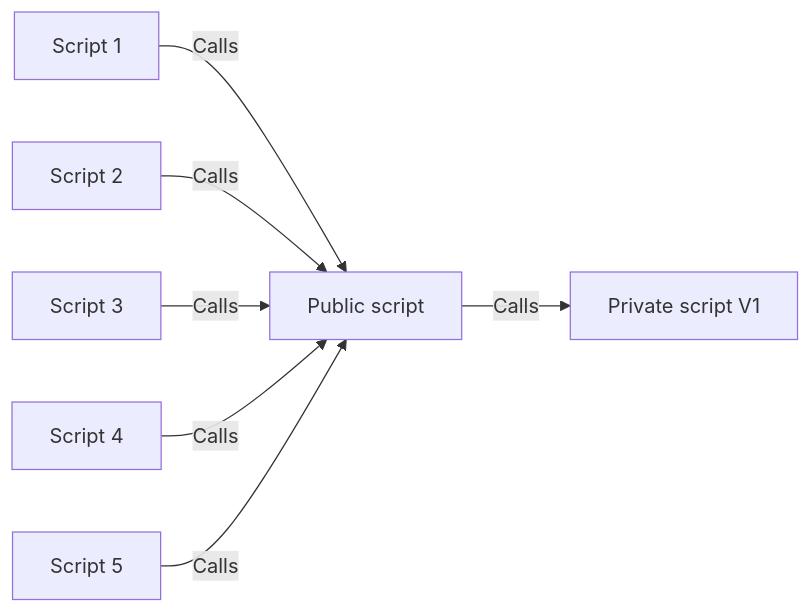
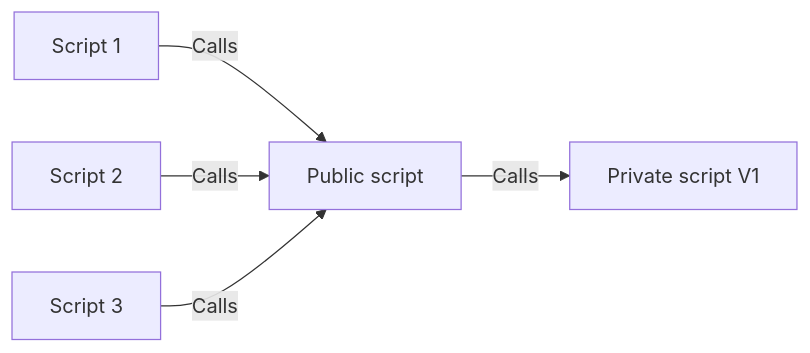
One commit to CloudChi/FX-Framework changed the third of 4 diagrams in Versions_Updating.md. Above: the diagram before and after it, drawn with Mermaid. The commit also changed other lines of this file, not shown here.

````diff
--- a/Versions_Updating.md
+++ b/Versions_Updating.md
@@ -39,8 +35,6 @@
 ```mermaid
 graph LR
     A[Script 1] -- Calls --> F[Public script] -- Calls --> G[Private script V1]
     B[Script 2] -- Calls --> F
     C[Script 3] -- Calls --> F
-    D[Script 4] -- Calls --> F
-    E[Script 5] -- Calls --> F
 ```
````
